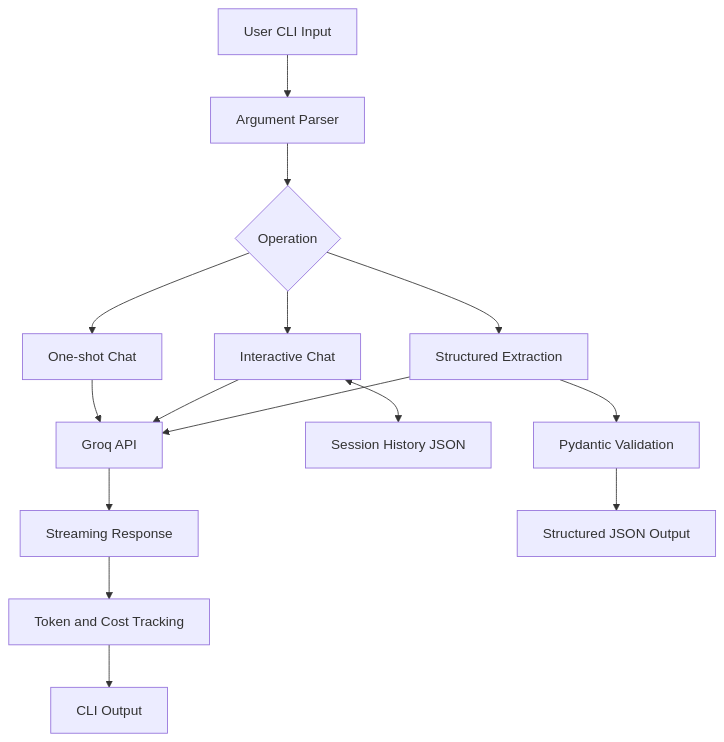
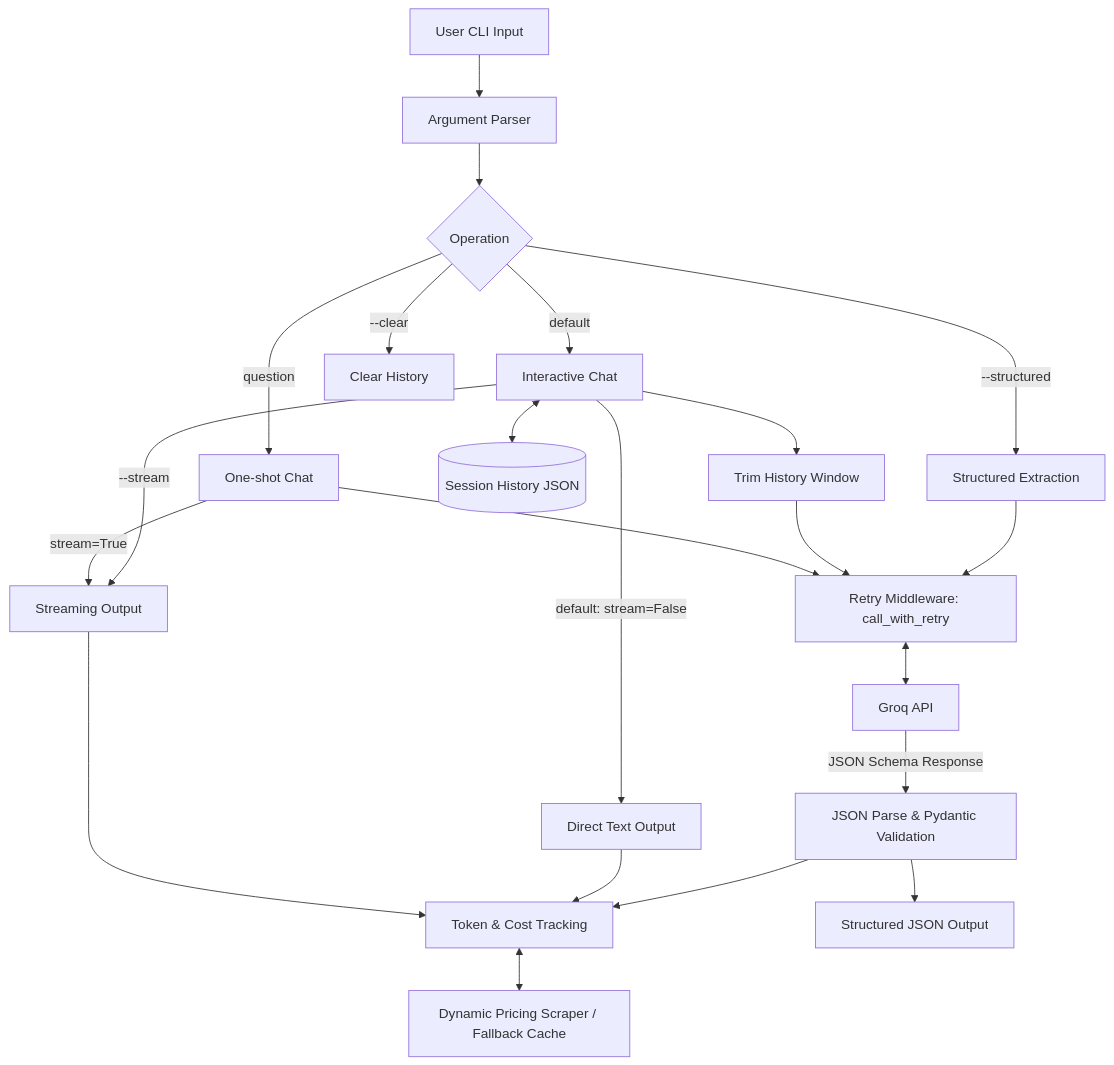
One commit to BinduYajman/CLI-assistant changed the diagram in README.md. Above: the diagram before and after it, drawn with Mermaid. The commit also changed other lines of this file and 2 other files, not shown here.

Commit message:
feat: add retry handling, temperature control, and cost tracking

````diff
--- a/README.md
+++ b/README.md
@@ -4,17 +7,31 @@
 ```mermaid
 graph TD
     A[User CLI Input] --> B[Argument Parser]
     B --> C{Operation}
-    C --> D[One-shot Chat]
-    C --> E[Interactive Chat]
-    C --> F[Structured Extraction]
-    D --> G[Groq API]
-    E --> G
-    F --> G
-    E <--> H[Session History JSON]
-    G --> I[Streaming Response]
-    I --> J[Token and Cost Tracking]
-    J --> K[CLI Output]
-    F --> L[Pydantic Validation]
-    L --> M[Structured JSON Output]
+
+    C -->|question| D[One-shot Chat]
+    C -->|default| E[Interactive Chat]
+    C -->|--structured| F[Structured Extraction]
+    C -->|--clear| N[Clear History]
+
+    E <--> H[(Session History JSON)]
+    E --> O[Trim History Window]
+
+    D --> P[Retry Middleware: call_with_retry]
+    O --> P
+    F --> P
+
+    P <--> G[Groq API]
+
+    D -->|stream=True| I[Streaming Output]
+    E -->|--stream| I
+    E -->|default: stream=False| Q[Direct Text Output]
+
+    I --> J[Token & Cost Tracking]
+    Q --> J
+    J <--> R[Dynamic Pricing Scraper / Fallback Cache]
+
+    G -->|JSON Schema Response| S[JSON Parse & Pydantic Validation]
+    S --> M[Structured JSON Output]
+    S --> J
 ```
````
